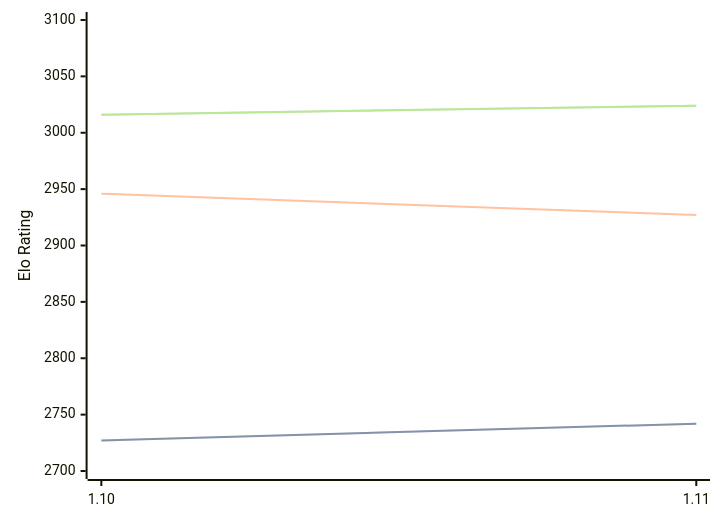
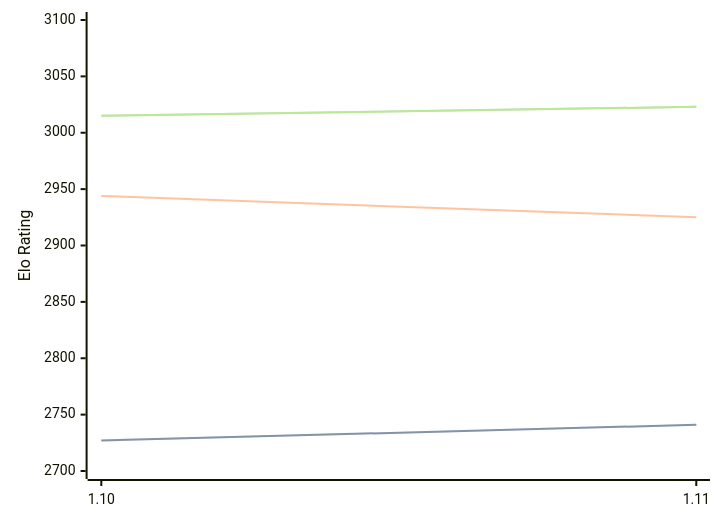
One commit to computer-chess-index/cci changed the first of 3 diagrams in engines/Roc.md. Above: the diagram before and after it, drawn with Mermaid. The commit also changed other lines of this file, not shown here.

Commit message:
Update CCI Ratings (ELO VLTC) - 2026-06-27

````diff
--- a/engines/Roc.md
+++ b/engines/Roc.md
@@ -65,11 +65,11 @@
 ```mermaid
 %%{init: {"theme":"base","themeVariables":{"seriesColors:['#a3a3a3','#222221','#faa371']}}}%%
 xychart-beta
   x-axis ["1.10", "1.11"]
   y-axis "Elo Rating" 2700 --> 3100
-  line "STC (8.0+0.08s)" [2727, 2742]
-  line "STC (8.0+0.08s)" [2727, 2742]
-  line "LTC (60.0+0.60s)" [2946, 2927]
-  line "VLTC (2m24s+1.12s)" [3016, 3024]
-  line "VLTC (2m24s+1.12s)" [3016, 3024]
+  line "STC (8.0+0.08s)" [2727, 2741]
+  line "STC (8.0+0.08s)" [2727, 2741]
+  line "LTC (60.0+0.60s)" [2944, 2925]
+  line "VLTC (2m24s+1.12s)" [3015, 3023]
+  line "VLTC (2m24s+1.12s)" [3015, 3023]
 ```
````
